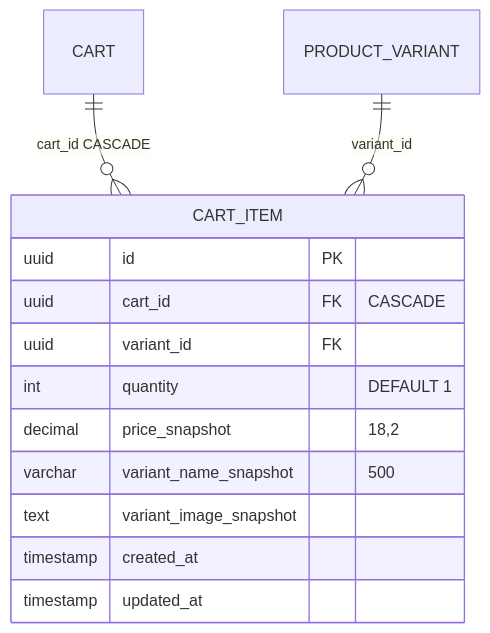
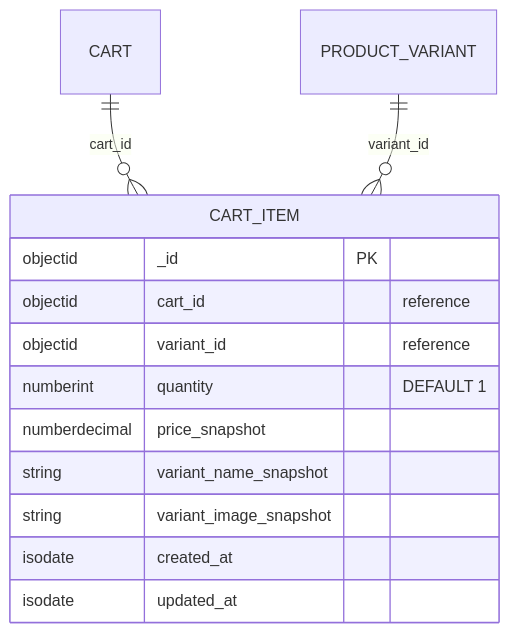
One commit to ldqanh1408/stealing-from-paradise changed the diagram in documents/data-models/product-service/entity-cart-item.md. Above: the diagram before and after it, drawn with Mermaid. The commit also changed other lines of this file and 97 other files, not shown here.

Commit message:
chore: update documentation for identity and product services, including new API endpoints and architectural details

````diff
--- a/documents/data-models/product-service/entity-cart-item.md
+++ b/documents/data-models/product-service/entity-cart-item.md
@@ -11,17 +12,17 @@
 ```mermaid
 erDiagram
-    CART ||--o{ CART_ITEM : "cart_id CASCADE"
+    CART ||--o{ CART_ITEM : "cart_id"
     PRODUCT_VARIANT ||--o{ CART_ITEM : "variant_id"
 
     CART_ITEM {
-        uuid id PK
-        uuid cart_id FK "CASCADE"
-        uuid variant_id FK
-        int quantity "DEFAULT 1"
-        decimal price_snapshot "18,2"
-        varchar variant_name_snapshot "500"
-        text variant_image_snapshot
-        timestamp created_at
-        timestamp updated_at
+        objectid _id PK
+        objectid cart_id "reference"
+        objectid variant_id "reference"
+        numberint quantity "DEFAULT 1"
+        numberdecimal price_snapshot
+        string variant_name_snapshot
+        string variant_image_snapshot
+        isodate created_at
+        isodate updated_at
     }
 ```
````
